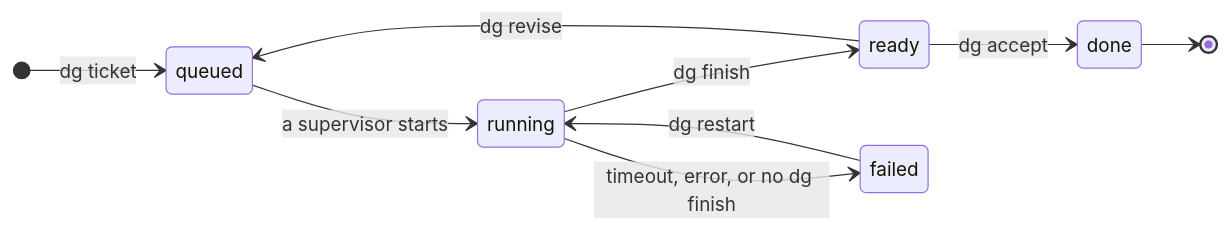
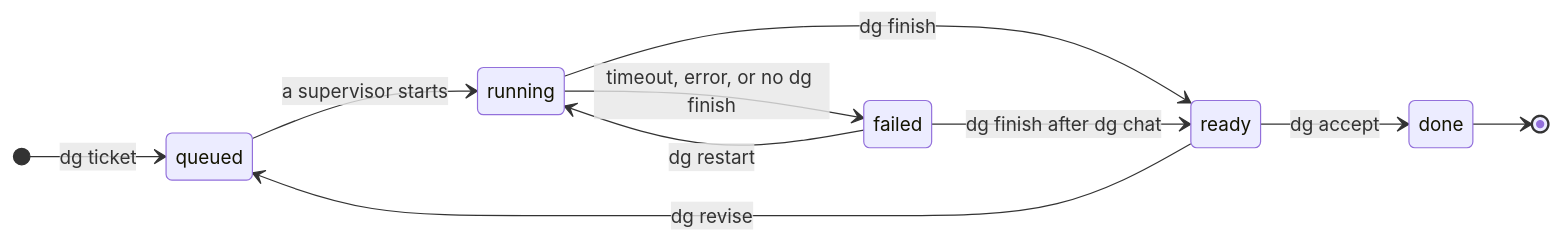
The diagram in docs/TECHNICAL_DESIGN.md (alcubie/delegator), drawn with Mermaid before and after one commit. The commit also changed other lines of this file and 6 other files, not shown here.

First line of the commit message:
Allow failed chat repairs to finish

````diff
--- a/docs/TECHNICAL_DESIGN.md
+++ b/docs/TECHNICAL_DESIGN.md
@@ -556,12 +556,13 @@
 ```mermaid
 stateDiagram-v2
     direction LR
     [*] --> queued: dg ticket
     queued --> running: a supervisor starts
     running --> ready: dg finish
     running --> failed: timeout, error, or no dg finish
     failed --> running: dg restart
+    failed --> ready: dg finish after dg chat
     ready --> done: dg accept
     ready --> queued: dg revise
     done --> [*]
 ```
````
